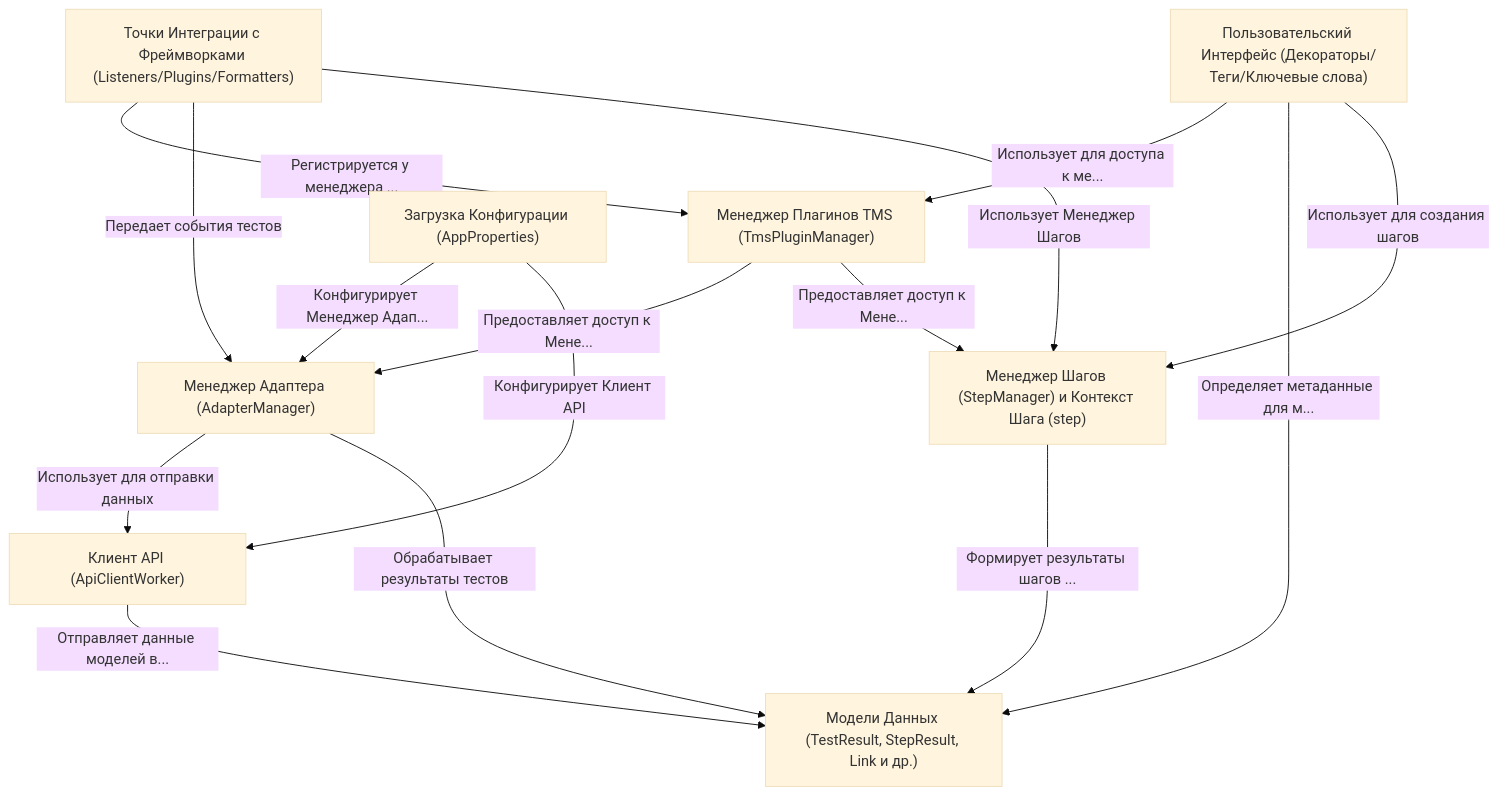
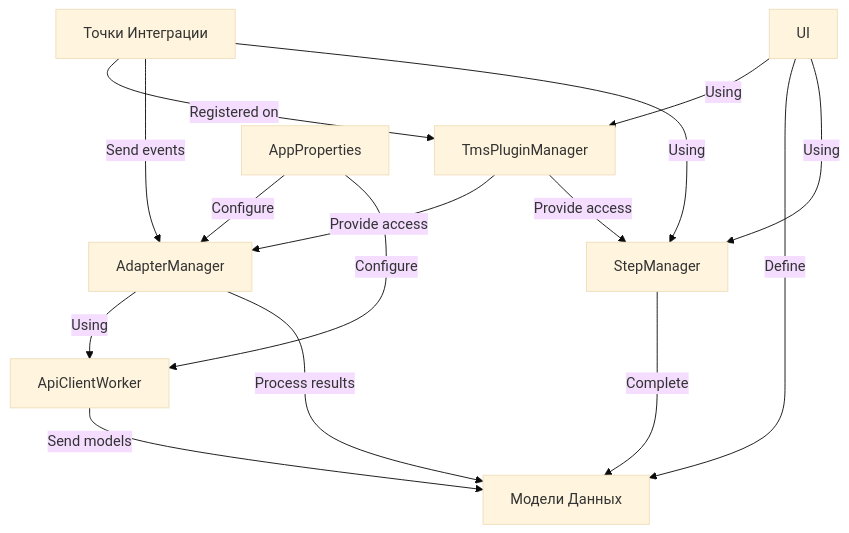
One commit to testit-tms/adapters-python changed the diagram in docs/index.md. Above: the diagram before and after it, drawn with Mermaid (base theme). The commit also changed other lines of this file and 5 other files, not shown here.

````diff
--- a/docs/index.md
+++ b/docs/index.md
@@ -10,33 +10,33 @@
 ```mermaid
 flowchart TD
-    A0["Менеджер Плагинов TMS (TmsPluginManager)
+    A0["TmsPluginManager
 "]
-    A1["Менеджер Адаптера (AdapterManager)
+    A1["AdapterManager
 "]
-    A2["Клиент API (ApiClientWorker)
+    A2["ApiClientWorker
 "]
-    A3["Точки Интеграции с Фреймворками (Listeners/Plugins/Formatters)
+    A3["Точки Интеграции
 "]
-    A4["Модели Данных (TestResult, StepResult, Link и др.)
+    A4["Модели Данных
 "]
-    A5["Загрузка Конфигурации (AppProperties)
+    A5["AppProperties
 "]
-    A6["Пользовательский Интерфейс (Декораторы/Теги/Ключевые слова)
+    A6["UI
 "]
-    A7["Менеджер Шагов (StepManager) и Контекст Шага (step)
+    A7["StepManager
 "]
-    A0 -- "Предоставляет доступ к Мене..." --> A1
-    A0 -- "Предоставляет доступ к Мене..." --> A7
-    A1 -- "Использует для отправки данных" --> A2
-    A1 -- "Обрабатывает результаты тестов" --> A4
-    A2 -- "Отправляет данные моделей в..." --> A4
-    A3 -- "Регистрируется у менеджера ..." --> A0
-    A3 -- "Передает события тестов" --> A1
-    A3 -- "Использует Менеджер Шагов" --> A7
-    A5 -- "Конфигурирует Менеджер Адап..." --> A1
-    A5 -- "Конфигурирует Клиент API" --> A2
-    A6 -- "Использует для доступа к ме..." --> A0
-    A6 -- "Определяет метаданные для м..." --> A4
-    A6 -- "Использует для создания шагов" --> A7
-    A7 -- "Формирует результаты шагов ..." --> A4
+    A0 -- "Provide access" --> A1
+    A0 -- "Provide access" --> A7
+    A1 -- "Using" --> A2
+    A1 -- "Process results" --> A4
+    A2 -- "Send models" --> A4
+    A3 -- "Registered on" --> A0
+    A3 -- "Send events" --> A1
+    A3 -- "Using" --> A7
+    A5 -- "Configure" --> A1
+    A5 -- "Configure" --> A2
+    A6 -- "Using" --> A0
+    A6 -- "Define" --> A4
+    A6 -- "Using" --> A7
+    A7 -- "Complete" --> A4
 ```
````
